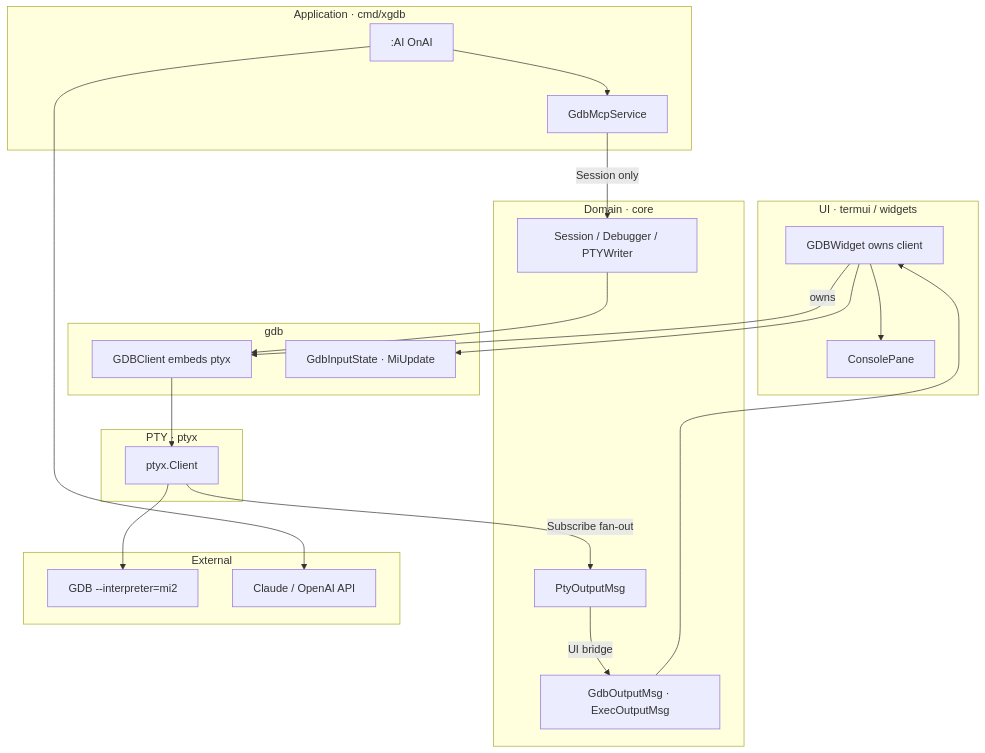
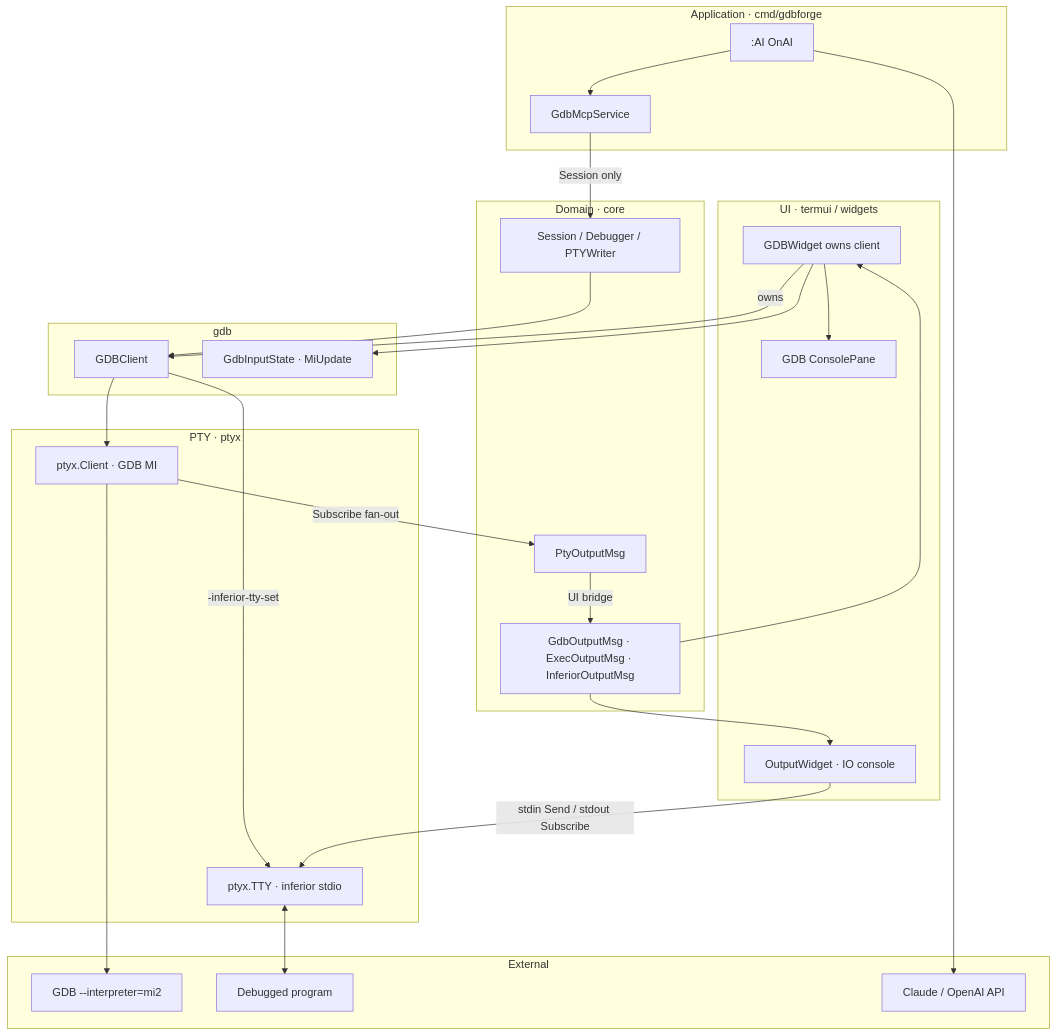
One commit to yairgd/gdbforge changed the first of 6 diagrams in docs/DEBUGGER_INTEGRATION.md. Above: the diagram before and after it, drawn with Mermaid. The commit also changed other lines of this file and 132 other files, not shown here.

First line of the commit message:
Rebrand xgdb to gdbforge and add dual-PTY program IO.

````diff
--- a/docs/DEBUGGER_INTEGRATION.md
+++ b/docs/DEBUGGER_INTEGRATION.md
@@ -30,45 +31,52 @@
 ```mermaid
 flowchart TB
     subgraph UI["UI · termui / widgets"]
         GDBW["GDBWidget owns client"]
-        Cons["ConsolePane"]
+        Cons["GDB ConsolePane"]
+        IOW["OutputWidget · IO console"]
     end
 
-    subgraph App["Application · cmd/xgdb"]
+    subgraph App["Application · cmd/gdbforge"]
         AI[":AI OnAI"]
         MCP["GdbMcpService"]
     end
 
     subgraph Domain["Domain · core"]
         SessIF["Session / Debugger / PTYWriter"]
         PtyMsg["PtyOutputMsg"]
-        UIMsg["GdbOutputMsg · ExecOutputMsg"]
+        UIMsg["GdbOutputMsg · ExecOutputMsg · InferiorOutputMsg"]
     end
 
     subgraph PTYLayer["PTY · ptyx"]
-        Pty["ptyx.Client"]
+        Pty["ptyx.Client · GDB MI"]
+        Inf["ptyx.TTY · inferior stdio"]
     end
 
     subgraph Backend["gdb"]
-        Client["GDBClient embeds ptyx"]
+        Client["GDBClient"]
         MI["GdbInputState · MiUpdate"]
     end
 
     subgraph External["External"]
         GDB["GDB --interpreter=mi2"]
+        Prog["Debugged program"]
         LLM["Claude / OpenAI API"]
     end
 
     GDBW --> Cons
     GDBW -->|"owns"| Client
     Client --> Pty
+    Client -->|"-inferior-tty-set"| Inf
+    IOW -->|"stdin Send / stdout Subscribe"| Inf
+    Inf <--> Prog
     MCP -->|"Session only"| SessIF
     AI --> MCP
     AI --> LLM
     SessIF --> Client
     Pty -->|"Subscribe fan-out"| PtyMsg
     PtyMsg -->|"UI bridge"| UIMsg
     UIMsg --> GDBW
+    UIMsg --> IOW
     Pty --> GDB
     GDBW --> MI
 ```
````
